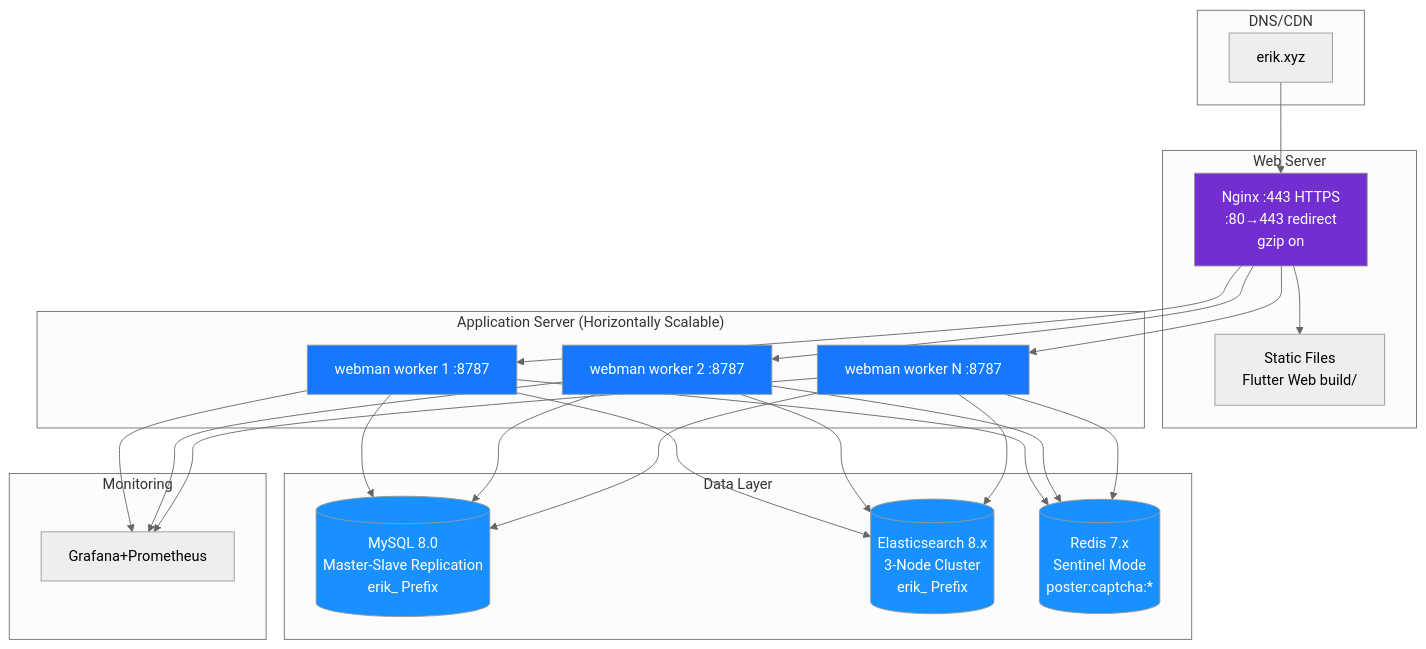
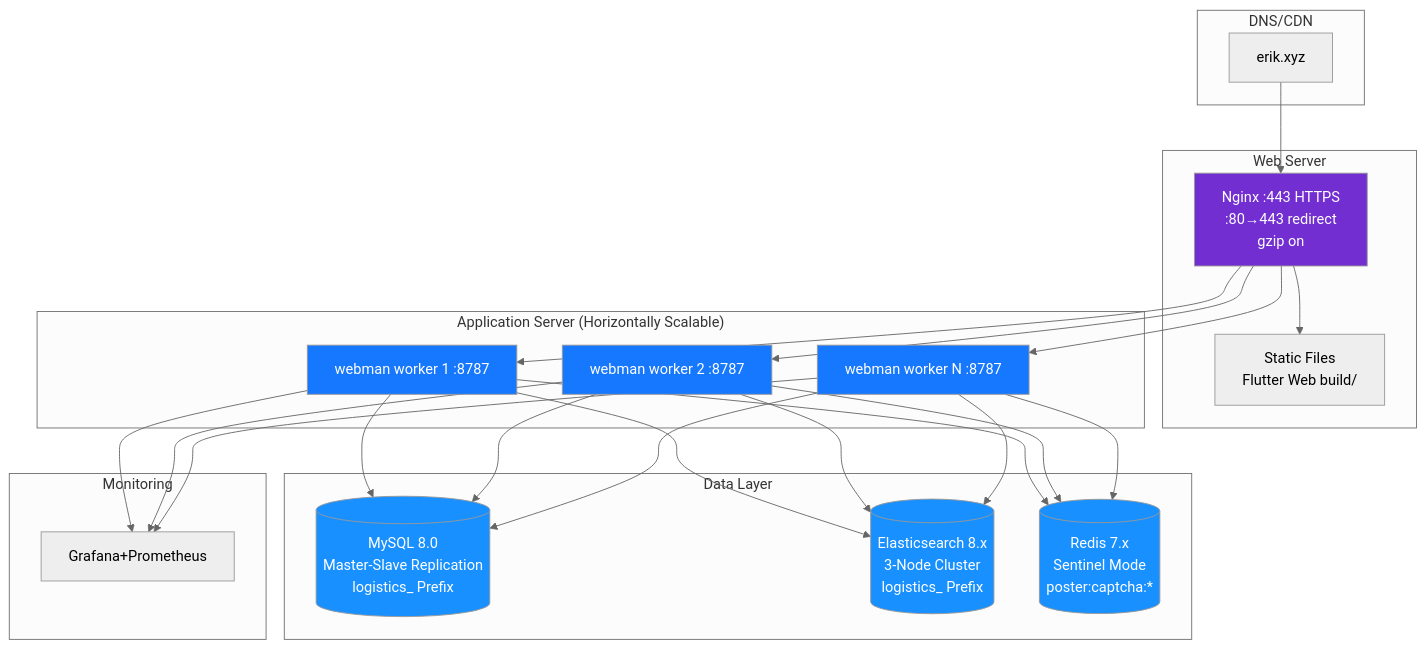
One commit to erikwang2013/integrated-global-logistics changed the diagram in admin/docs/diagrams/12-deployment.en.md. Above: the diagram before and after it, drawn with Mermaid (neutral theme). The commit also changed 211 other files, not shown here.

````diff
--- a/admin/docs/diagrams/12-deployment.en.md
+++ b/admin/docs/diagrams/12-deployment.en.md
@@ -7,45 +7,45 @@
 ```mermaid
 flowchart TB
     subgraph dns["DNS/CDN"]
         domain["erik.xyz"]
     end
 
     subgraph web["Web Server"]
         nginx["Nginx :443 HTTPS<br/>:80→443 redirect<br/>gzip on"]
         static["Static Files<br/>Flutter Web build/"]
     end
 
     subgraph app["Application Server (Horizontally Scalable)"]
         wm1["webman worker 1 :8787"]
         wm2["webman worker 2 :8787"]
         wm3["webman worker N :8787"]
     end
 
     subgraph data["Data Layer"]
-        mysql[("MySQL 8.0<br/>Master-Slave Replication<br/>erik_ Prefix")]
-        es[("Elasticsearch 8.x<br/>3-Node Cluster<br/>erik_ Prefix")]
+        mysql[("MySQL 8.0<br/>Master-Slave Replication<br/>logistics_ Prefix")]
+        es[("Elasticsearch 8.x<br/>3-Node Cluster<br/>logistics_ Prefix")]
         redis[("Redis 7.x<br/>Sentinel Mode<br/>poster:captcha:*")]
     end
 
     subgraph monitor["Monitoring"]
         grafana["Grafana+Prometheus"]
     end
 
     domain --> nginx
     nginx --> static
     nginx --> wm1
     nginx --> wm2
     nginx --> wm3
     wm1 & wm2 & wm3 --> mysql
     wm1 & wm2 & wm3 --> es
     wm1 & wm2 & wm3 --> redis
     wm1 & wm2 & wm3 --> grafana
 
     style nginx fill:#722ED1,color:#fff
     style wm1 fill:#1677FF,color:#fff
     style wm2 fill:#1677FF,color:#fff
     style wm3 fill:#1677FF,color:#fff
     style mysql fill:#1890FF,color:#fff
     style es fill:#1890FF,color:#fff
     style redis fill:#1890FF,color:#fff
 ```
````
